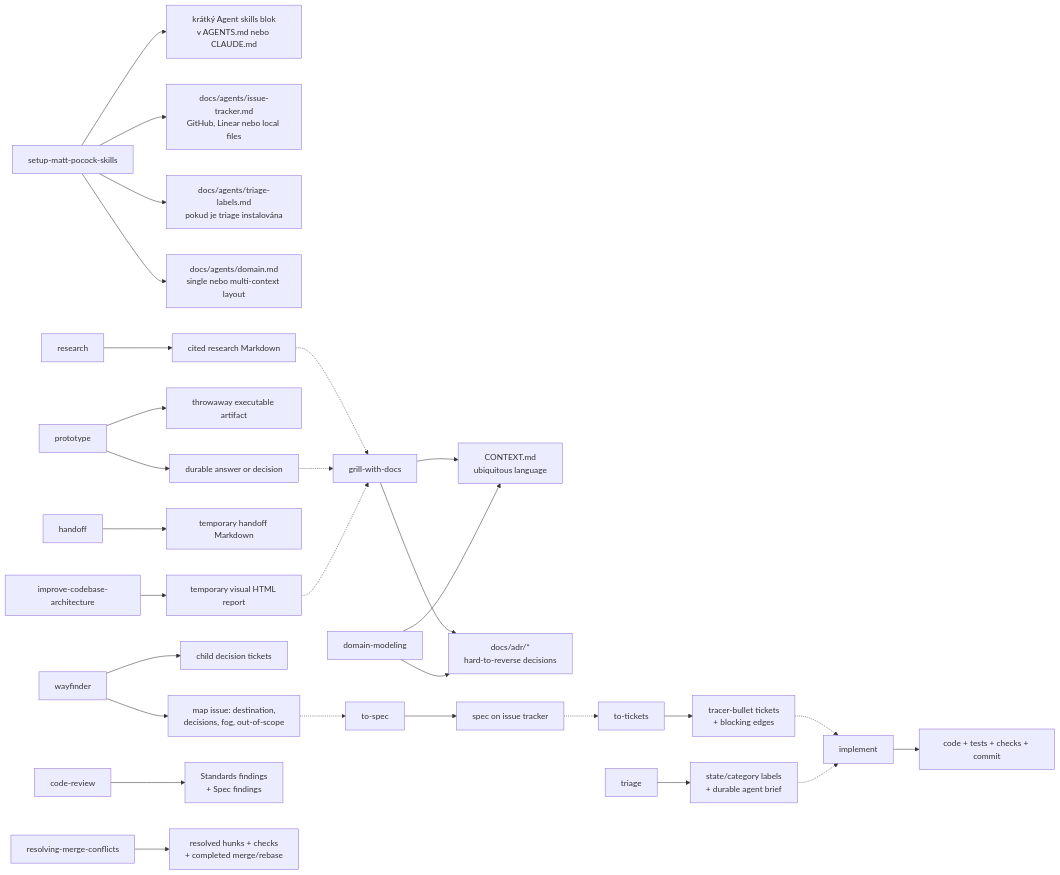
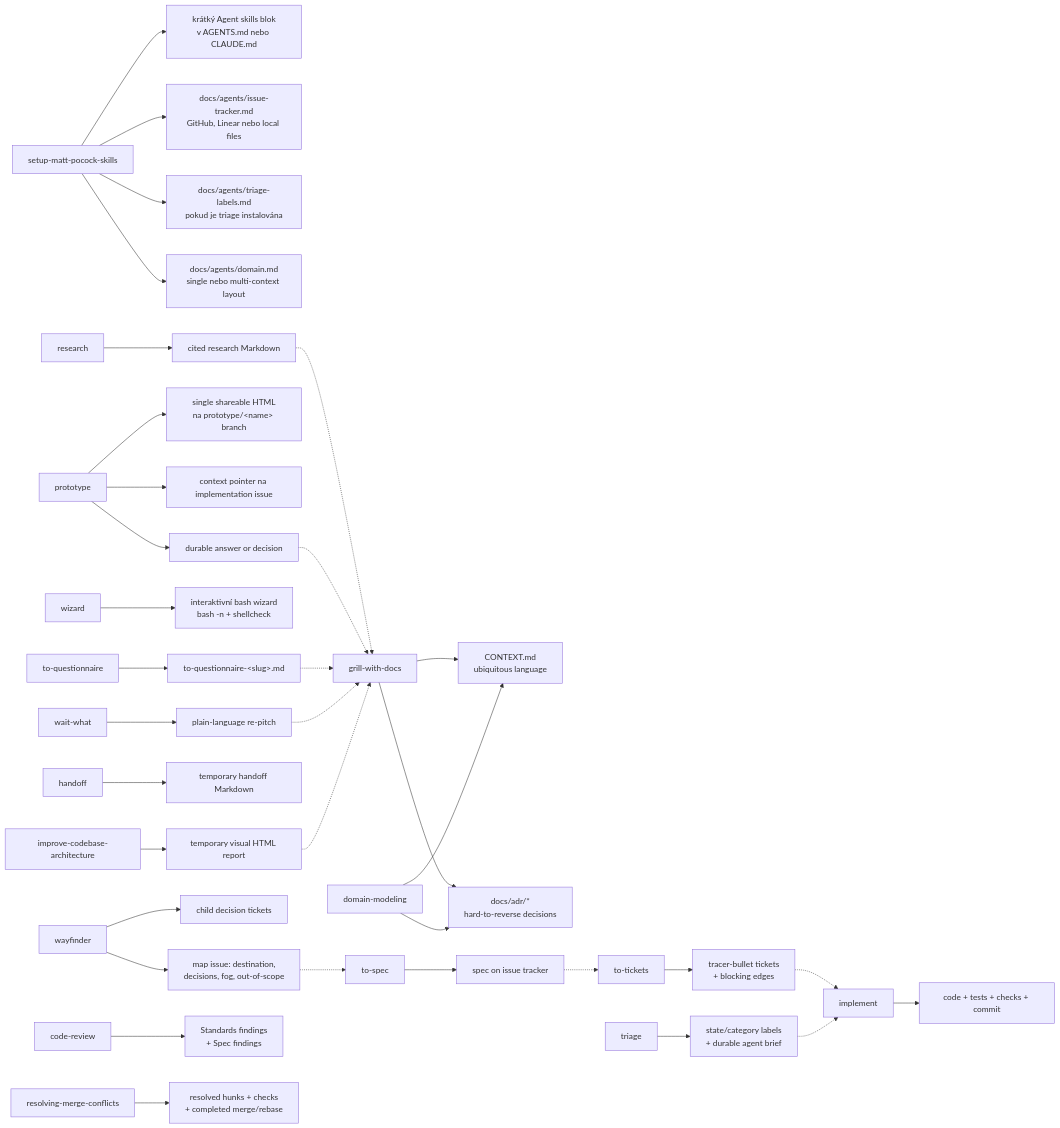
Before and after one commit to MartiXDev/skills: the seventh of 9 diagrams in docs/knowledge/matt-pocock/matt-pocock-skills-kompletni-mapa.md, drawn with Mermaid. The commit also changed other lines of this file and 75 other files, not shown here.

````diff
--- a/docs/knowledge/matt-pocock/matt-pocock-skills-kompletni-mapa.md
+++ b/docs/knowledge/matt-pocock/matt-pocock-skills-kompletni-mapa.md
@@ -404,36 +418,42 @@
 ```mermaid
 flowchart LR
     SETUP[setup-matt-pocock-skills] --> ROOT["krátký Agent skills blok<br/>v AGENTS.md nebo CLAUDE.md"]
     SETUP --> TRACKER["docs/agents/issue-tracker.md<br/>GitHub, Linear nebo local files"]
     SETUP --> LABELS["docs/agents/triage-labels.md<br/>pokud je triage instalována"]
     SETUP --> DOCLAYOUT["docs/agents/domain.md<br/>single nebo multi-context layout"]
 
     GWD[grill-with-docs] --> CONTEXT["CONTEXT.md<br/>ubiquitous language"]
     GWD --> ADR["docs/adr/*<br/>hard-to-reverse decisions"]
     DOMAIN[domain-modeling] --> CONTEXT
     DOMAIN --> ADR
 
     RESEARCH[research] --> FINDINGS["cited research Markdown"]
-    PROTO[prototype] --> EXP["throwaway executable artifact"]
+    PROTO[prototype] --> EXP["single shareable HTML<br/>na prototype/&lt;name&gt; branch"]
+    PROTO --> POINTER["context pointer na implementation issue"]
     PROTO --> LEARN["durable answer or decision"]
+    WIZARD[wizard] --> WIZFILE["interaktivní bash wizard<br/>bash -n + shellcheck"]
+    TQ[to-questionnaire] --> QFILE["to-questionnaire-&lt;slug&gt;.md"]
+    WAIT[wait-what] --> REPHRASE["plain-language re-pitch"]
     HANDOFF[handoff] --> HFILE["temporary handoff Markdown"]
 
     SPEC[to-spec] --> SPECISSUE["spec on issue tracker"]
     TICKETS[to-tickets] --> GRAPH["tracer-bullet tickets<br/>+ blocking edges"]
     TRIAGE[triage] --> BRIEF["state/category labels<br/>+ durable agent brief"]
     WAY[wayfinder] --> MAP["map issue: destination,<br/>decisions, fog, out-of-scope"]
     WAY --> DECISIONS["child decision tickets"]
 
     ARCH[improve-codebase-architecture] --> REPORT["temporary visual HTML report"]
     IMPL[implement] --> CODE["code + tests + checks + commit"]
     REVIEW[code-review] --> FIND["Standards findings<br/>+ Spec findings"]
     MERGE[resolving-merge-conflicts] --> RESOLVED["resolved hunks + checks<br/>+ completed merge/rebase"]
 
     FINDINGS -.-> GWD
     LEARN -.-> GWD
+    QFILE -.-> GWD
+    REPHRASE -.-> GWD
     SPECISSUE -.-> TICKETS
     GRAPH -.-> IMPL
     BRIEF -.-> IMPL
     MAP -.-> SPEC
     REPORT -.-> GWD
 ```
````
